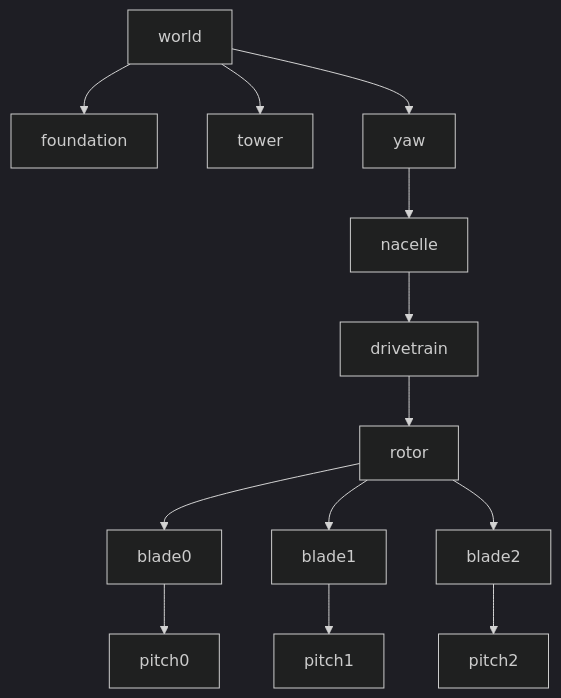
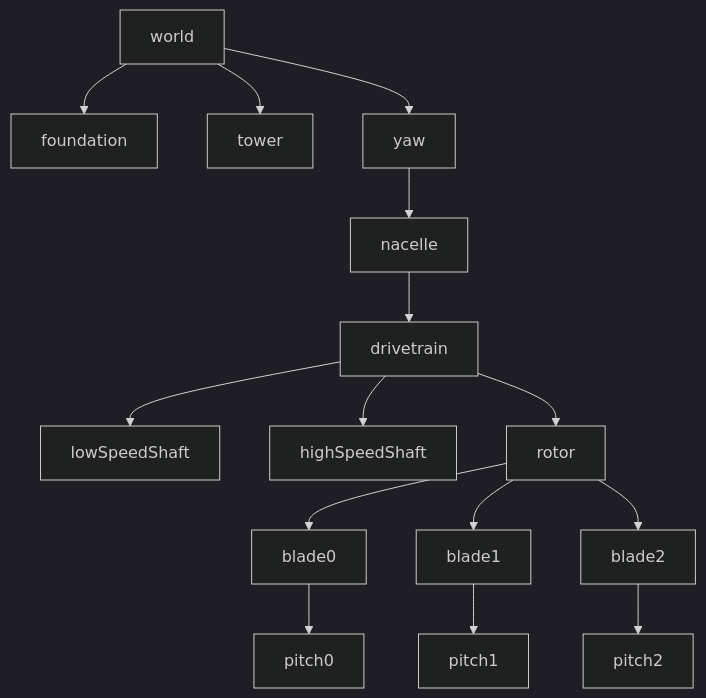
One commit to lulukiwkiw-prog/wind-turbine-lab changed the first of 3 diagrams in docs/connections.md. Above: the diagram before and after it, drawn with Mermaid (dark theme). The commit also changed other lines of this file and 37 other files, not shown here.

````diff
--- a/docs/connections.md
+++ b/docs/connections.md
@@ -9,15 +9,17 @@
 ```mermaid
 graph TD
   world --> foundation
   world --> tower
   world --> yaw
   yaw --> nacelle
   nacelle --> drivetrain
+  drivetrain --> lowSpeedShaft
+  drivetrain --> highSpeedShaft
   drivetrain --> rotor
   rotor --> blade0
   rotor --> blade1
   rotor --> blade2
   blade0 --> pitch0
   blade1 --> pitch1
   blade2 --> pitch2
 ```
````
